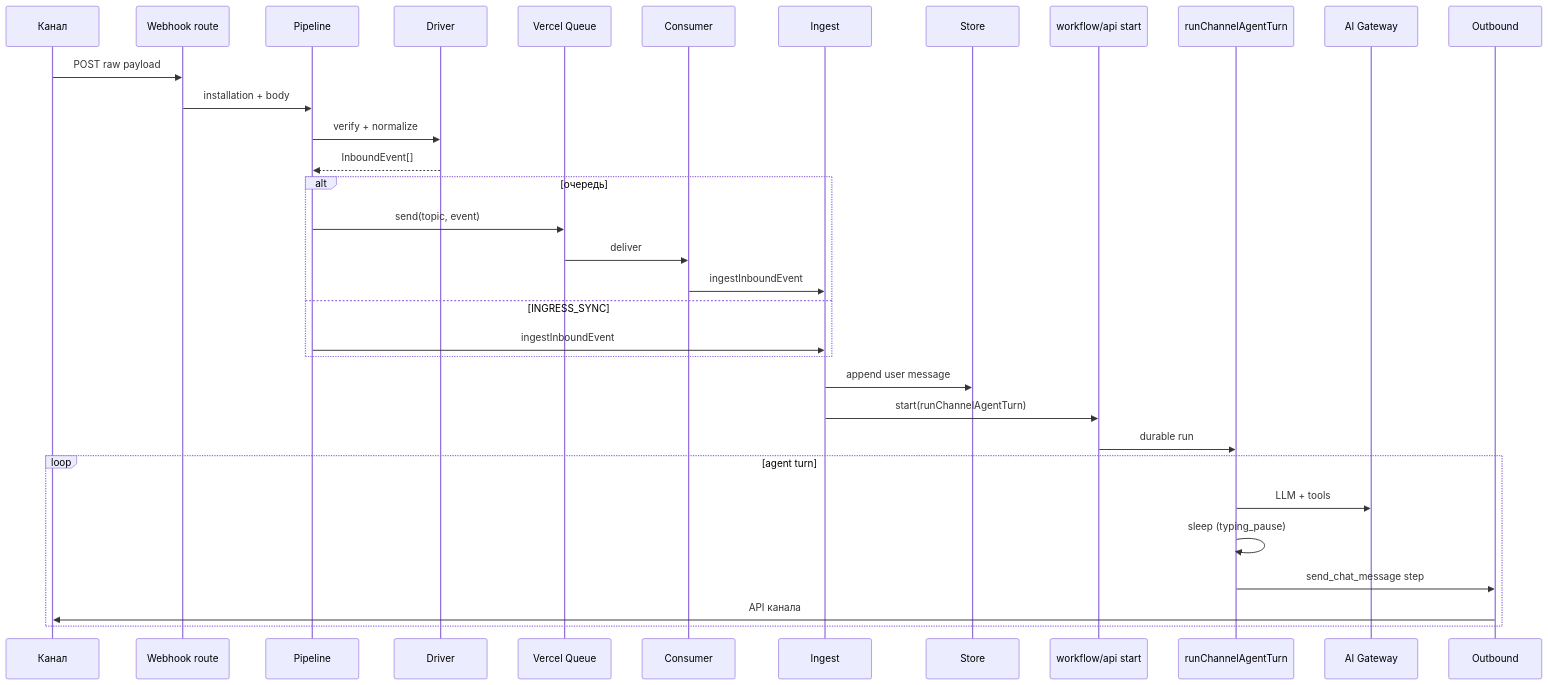
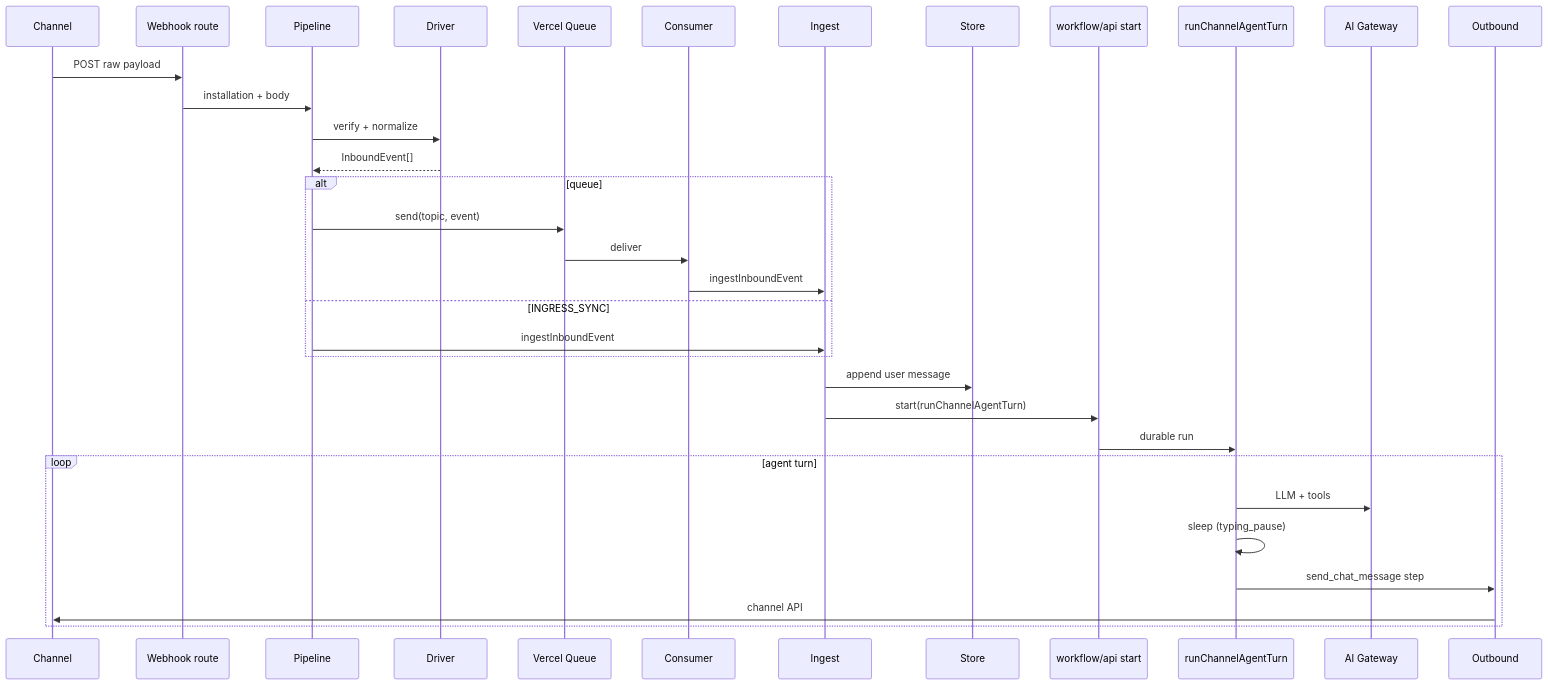
The second of 2 diagrams in README.md (WorkenAI/chats), drawn with Mermaid before and after one commit. The commit also changed other lines of this file, not shown here.

````diff
--- a/README.md
+++ b/README.md
@@ -69,36 +63,36 @@
 ```mermaid
 sequenceDiagram
-  participant C as Канал
+  participant C as Channel
   participant W as Webhook route
   participant P as Pipeline
   participant D as Driver
   participant Q as Vercel Queue
   participant H as Consumer
   participant I as Ingest
   participant S as Store
   participant F as workflow/api start
   participant A as runChannelAgentTurn
   participant G as AI Gateway
   participant O as Outbound
 
   C->>W: POST raw payload
   W->>P: installation + body
   P->>D: verify + normalize
   D-->>P: InboundEvent[]
-  alt очередь
+  alt queue
     P->>Q: send(topic, event)
     Q->>H: deliver
     H->>I: ingestInboundEvent
   else INGRESS_SYNC
     P->>I: ingestInboundEvent
   end
   I->>S: append user message
   I->>F: start(runChannelAgentTurn)
   F->>A: durable run
   loop agent turn
     A->>G: LLM + tools
     A->>A: sleep (typing_pause)
     A->>O: send_chat_message step
-    O->>C: API канала
+    O->>C: channel API
   end
 ```
````
